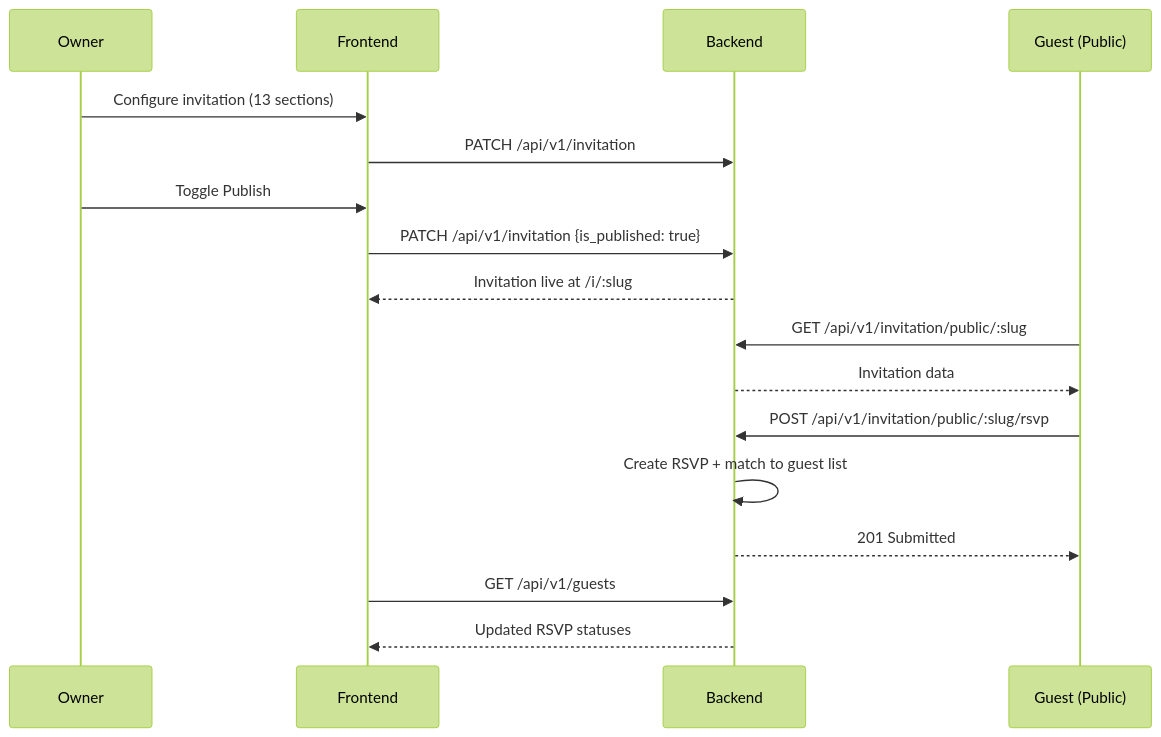
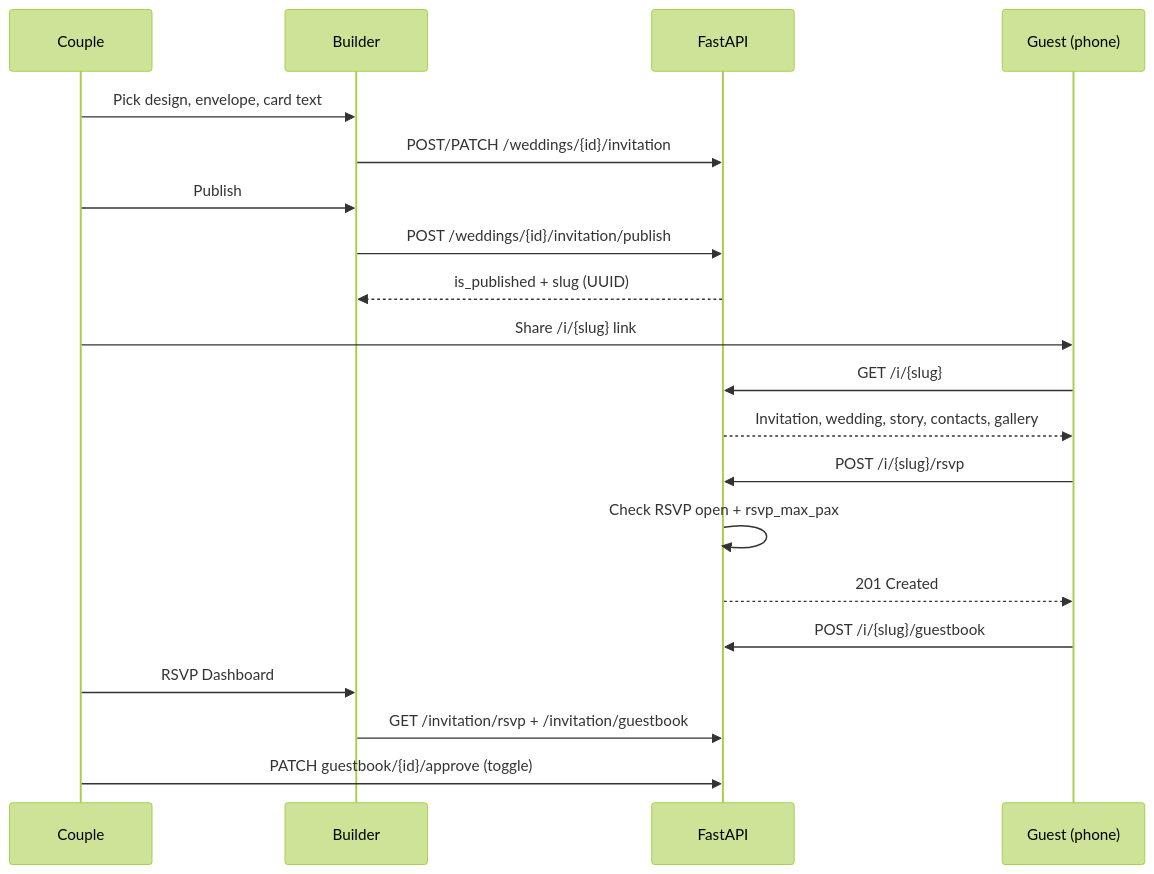
Before and after one commit to snsyaqirah/snsyaqirah.github.io: diagram 14 of 17 in portfolio-react/public/docs/planluhh.md, drawn with Mermaid (forest theme). The commit also changed other lines of this file and 101 other files, not shown here.

````diff
--- a/portfolio-react/public/docs/planluhh.md
+++ b/portfolio-react/public/docs/planluhh.md
@@ -557,21 +570,23 @@
 ```mermaid
 sequenceDiagram
-    participant O as Owner
-    participant FE as Frontend
-    participant API as Backend
-    participant G as Guest (Public)
+    participant O as Couple
+    participant FE as Builder
+    participant API as FastAPI
+    participant G as Guest (phone)
 
-    O->>FE: Configure invitation (13 sections)
-    FE->>API: PATCH /api/v1/invitation
-    O->>FE: Toggle Publish
-    FE->>API: PATCH /api/v1/invitation {is_published: true}
-    API-->>FE: Invitation live at /i/:slug
-
-    G->>API: GET /api/v1/invitation/public/:slug
-    API-->>G: Invitation data
-    G->>API: POST /api/v1/invitation/public/:slug/rsvp
-    API->>API: Create RSVP + match to guest list
-    API-->>G: 201 Submitted
-    FE->>API: GET /api/v1/guests
-    API-->>FE: Updated RSVP statuses
+    O->>FE: Pick design, envelope, card text
+    FE->>API: POST/PATCH /weddings/{id}/invitation
+    O->>FE: Publish
+    FE->>API: POST /weddings/{id}/invitation/publish
+    API-->>FE: is_published + slug (UUID)
+    O->>G: Share /i/{slug} link
+    G->>API: GET /i/{slug}
+    API-->>G: Invitation, wedding, story, contacts, gallery
+    G->>API: POST /i/{slug}/rsvp
+    API->>API: Check RSVP open + rsvp_max_pax
+    API-->>G: 201 Created
+    G->>API: POST /i/{slug}/guestbook
+    O->>FE: RSVP Dashboard
+    FE->>API: GET /invitation/rsvp + /invitation/guestbook
+    O->>API: PATCH guestbook/{id}/approve (toggle)
 ```
````
